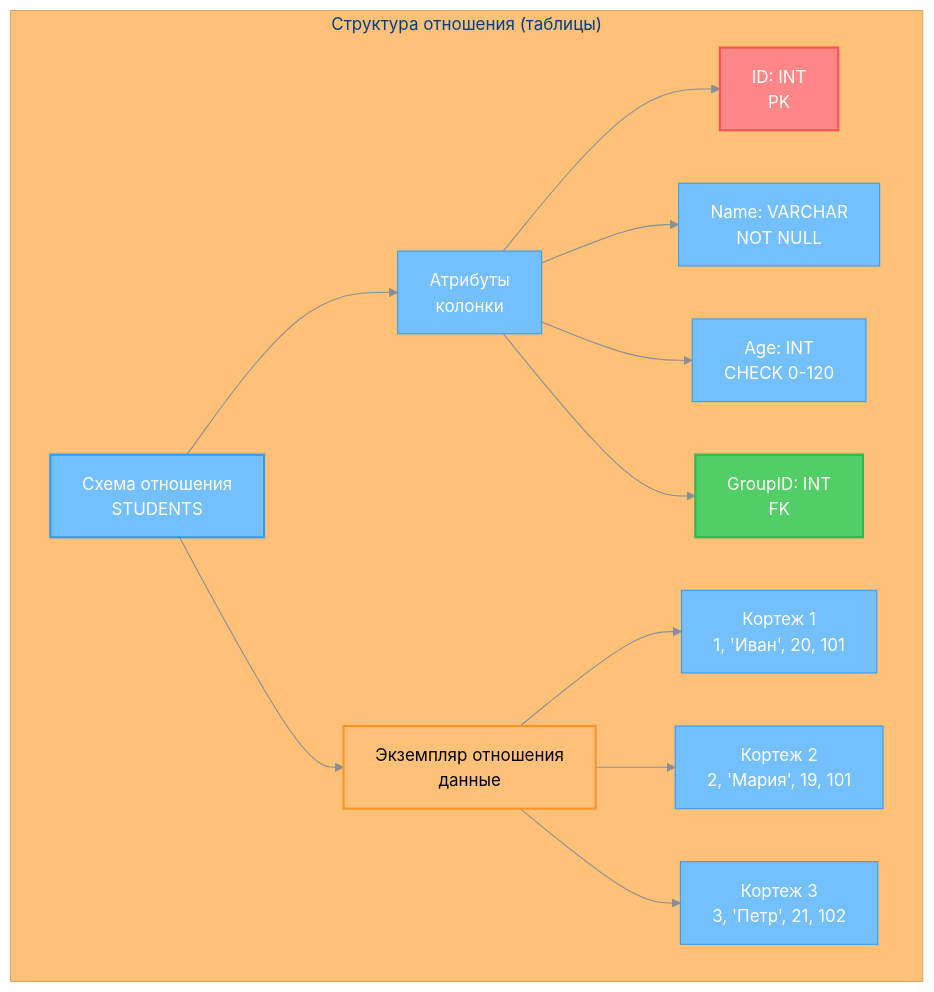
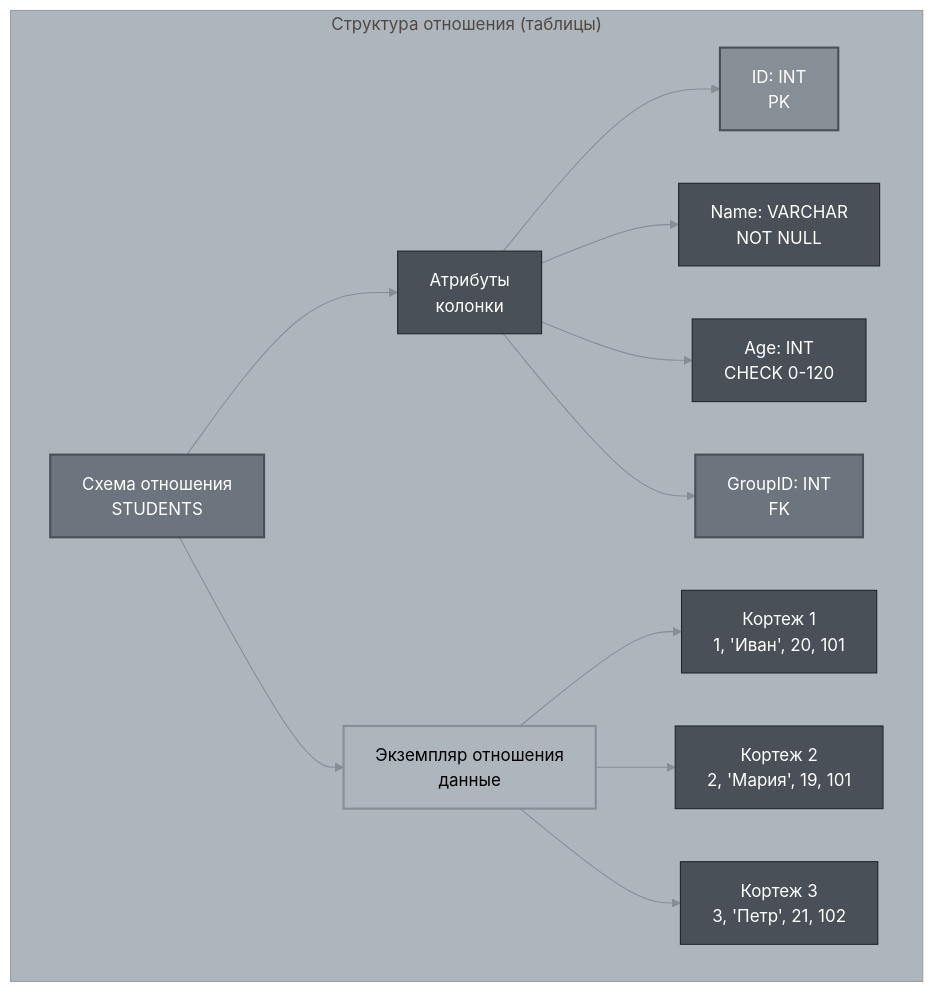
The third of 23 diagrams in db_exam.md (alx314vo/db_exam), drawn with Mermaid before and after one commit. The commit also changed other lines of this file, not shown here.

````diff
--- a/db_exam.md
+++ b/db_exam.md
@@ -182,21 +182,21 @@
 ```mermaid
-%%{init: {'theme':'base', 'themeVariables': {'primaryColor':'#74c0fc','primaryTextColor':'#fff','primaryBorderColor':'#339af0','lineColor':'#868e96','secondaryColor':'#868e96','tertiaryColor':'#ffc078','background':'#ffffff','textColor':'#212529'}}}%%
+%%{init: {'theme':'base', 'themeVariables': {'primaryColor':'#495057','primaryTextColor':'#fff','primaryBorderColor':'#212529','lineColor':'#868e96','secondaryColor':'#6c757d','tertiaryColor':'#adb5bd','background':'#ffffff','textColor':'#212529'}}}%%
 graph TB
     subgraph "Структура отношения (таблицы)"
         A[Схема отношения<br/>STUDENTS] --> B[Атрибуты<br/>колонки]
         B --> C[ID: INT<br/>PK]
         B --> D[Name: VARCHAR<br/>NOT NULL]
         B --> E[Age: INT<br/>CHECK 0-120]
         B --> F[GroupID: INT<br/>FK]
         
         A --> G[Экземпляр отношения<br/>данные]
         G --> H[Кортеж 1<br/>1, 'Иван', 20, 101]
         G --> I[Кортеж 2<br/>2, 'Мария', 19, 101]
         G --> J[Кортеж 3<br/>3, 'Петр', 21, 102]
     end
     
-    style A fill:#74c0fc,stroke:#339af0,stroke-width:2px,color:#fff
-    style G fill:#ffc078,stroke:#ff922b,stroke-width:2px,color:#000
-    style C fill:#ff8787,stroke:#fa5252,stroke-width:2px,color:#fff
-    style F fill:#51cf66,stroke:#37b24d,stroke-width:2px,color:#fff
+    style A fill:#6c757d,stroke:#495057,stroke-width:2px,color:#fff
+    style G fill:#adb5bd,stroke:#868e96,stroke-width:2px,color:#000
+    style C fill:#868e96,stroke:#495057,stroke-width:2px,color:#fff
+    style F fill:#6c757d,stroke:#495057,stroke-width:2px,color:#fff
 ```
````
